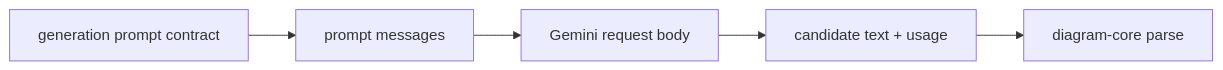
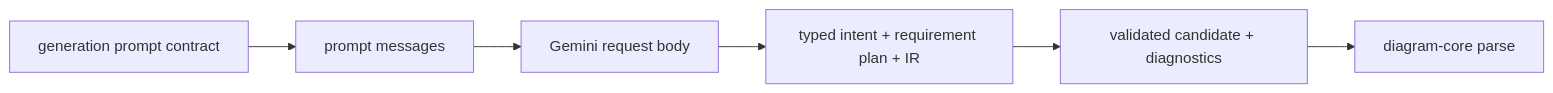
The diagram in packages/diagram/generation/README.md (shpitdev/sketchi), drawn with Mermaid before and after one commit. The commit also changed other lines of this file and 30 other files, not shown here.

First line of the commit message:
feat(generation): enforce typed intent contracts (#318)

````diff
--- a/packages/diagram/generation/README.md
+++ b/packages/diagram/generation/README.md
@@ -5,7 +5,8 @@
 ```mermaid
 flowchart LR
   Prompt["generation prompt contract"] --> Messages["prompt messages"]
   Messages --> Gemini["Gemini request body"]
-  Gemini --> Candidate["candidate text + usage"]
+  Gemini --> Intent["typed intent + requirement plan + IR"]
+  Intent --> Candidate["validated candidate + diagnostics"]
   Candidate --> Core["diagram-core parse"]
 ```
````
